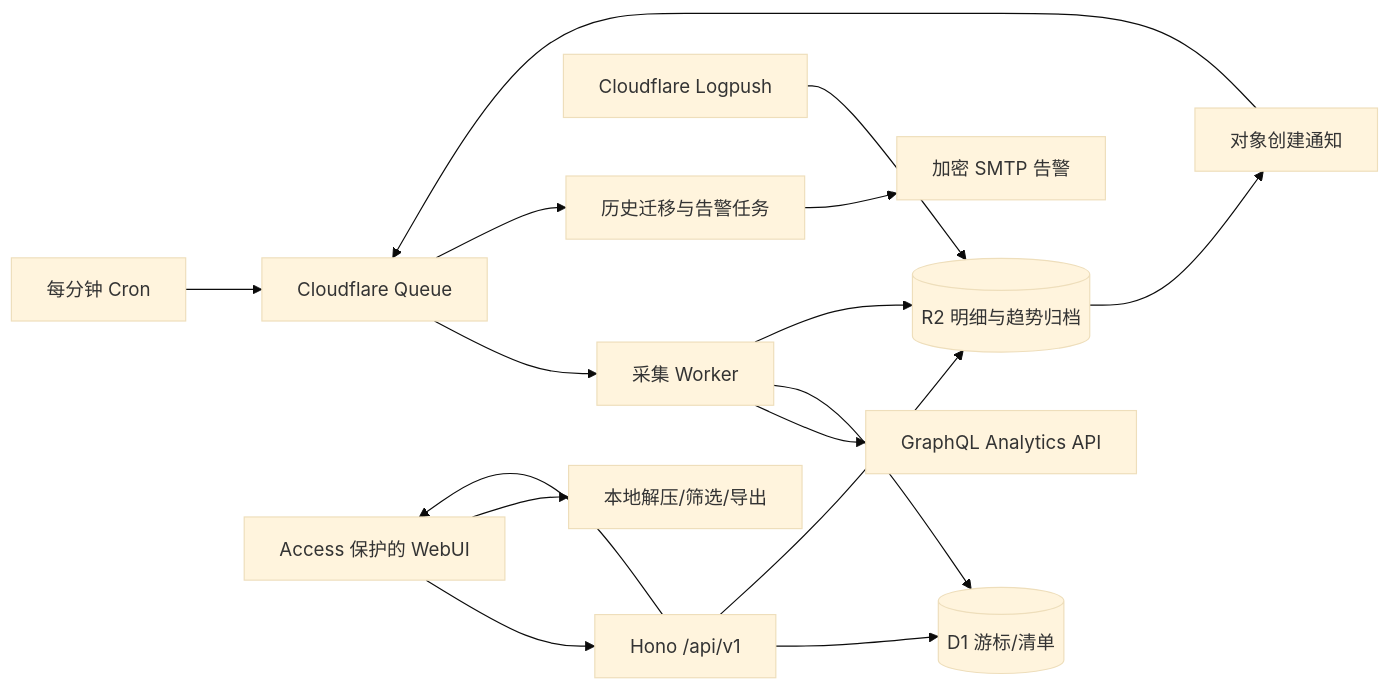
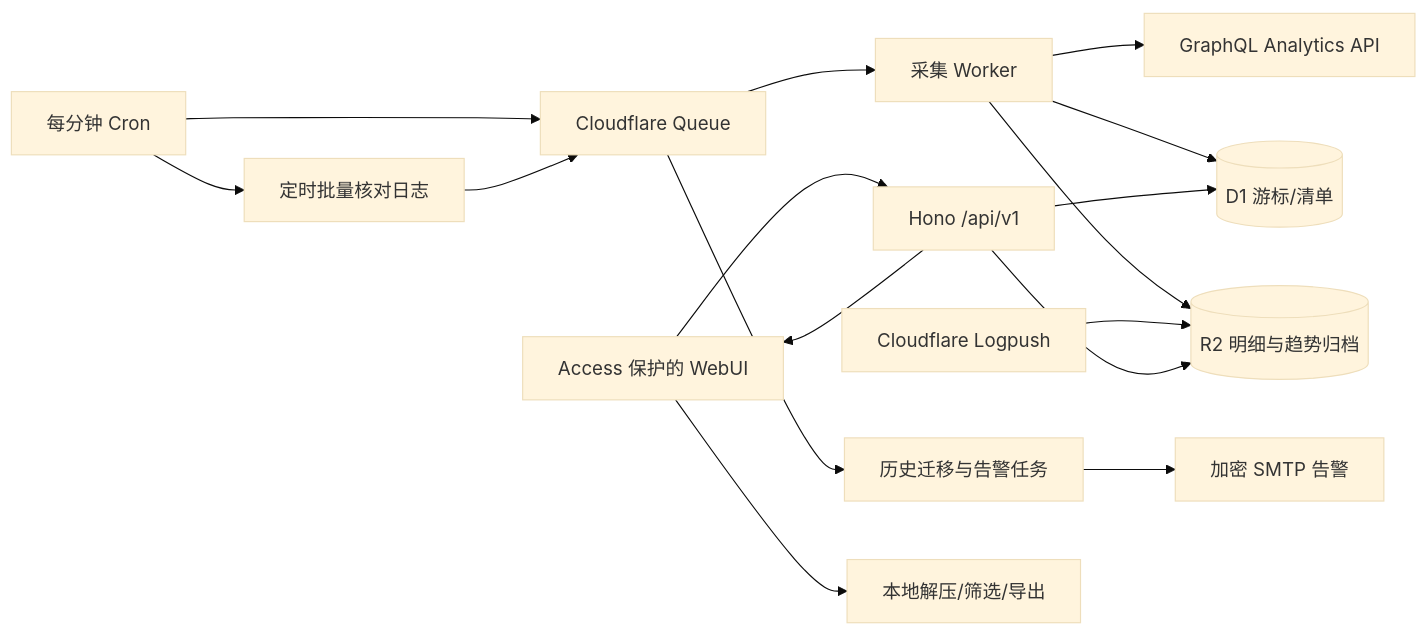
One commit to Eric-Terminal/cf-activity-observatory changed the diagram in README.md. Above: the diagram before and after it, drawn with Mermaid (base theme). The commit also changed other lines of this file and 10 other files, not shown here.

````diff
--- a/README.md
+++ b/README.md
@@ -39,18 +39,18 @@
 ```mermaid
 flowchart LR
   Cron[每分钟 Cron] --> Queue[Cloudflare Queue]
   Queue --> Collector[采集 Worker]
   Collector --> GQL[GraphQL Analytics API]
   Collector --> D1[(D1 游标/清单)]
   Collector --> R2[(R2 明细与趋势归档)]
   Logpush[Cloudflare Logpush] --> R2
-  R2 --> Events[对象创建通知]
-  Events --> Queue
+  Cron --> Scan[定时批量核对日志]
+  Scan --> Queue
   Queue --> Maintenance[历史迁移与告警任务]
   Browser[Access 保护的 WebUI] --> API[Hono /api/v1]
   API --> D1
   API --> R2
   API --> Browser
   Browser --> Local[本地解压/筛选/导出]
   Maintenance --> SMTP[加密 SMTP 告警]
 ```
````
